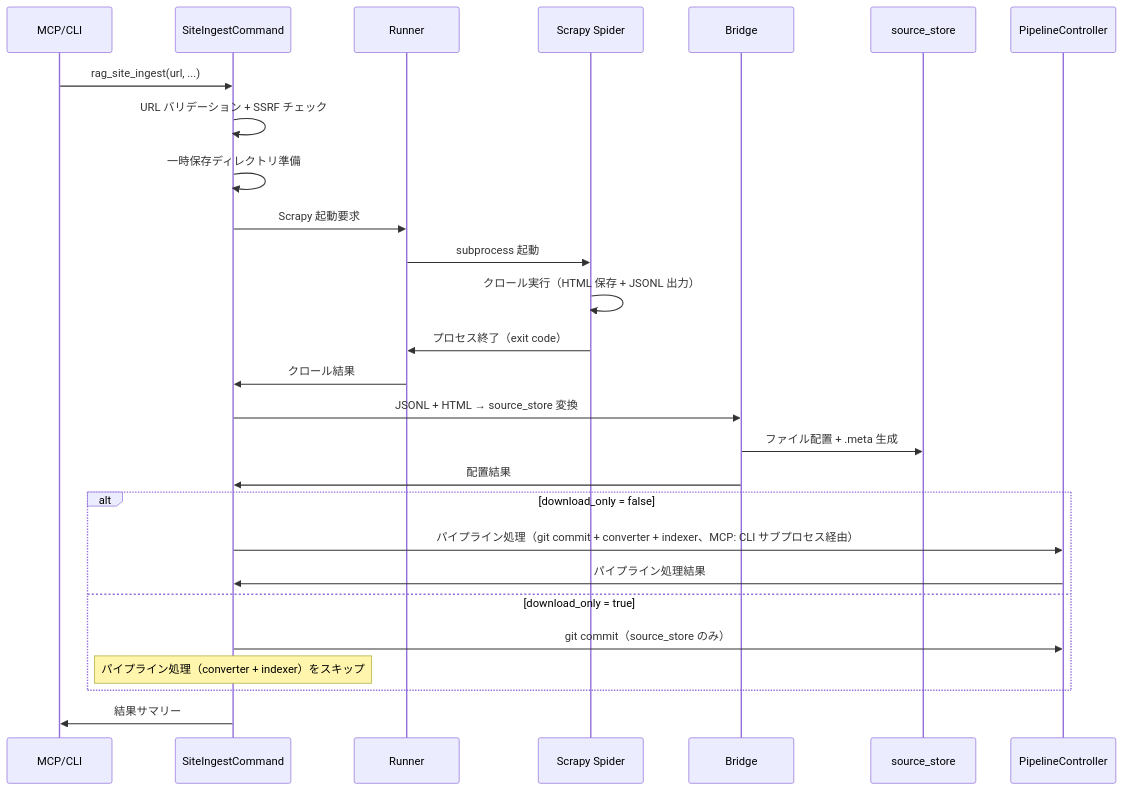
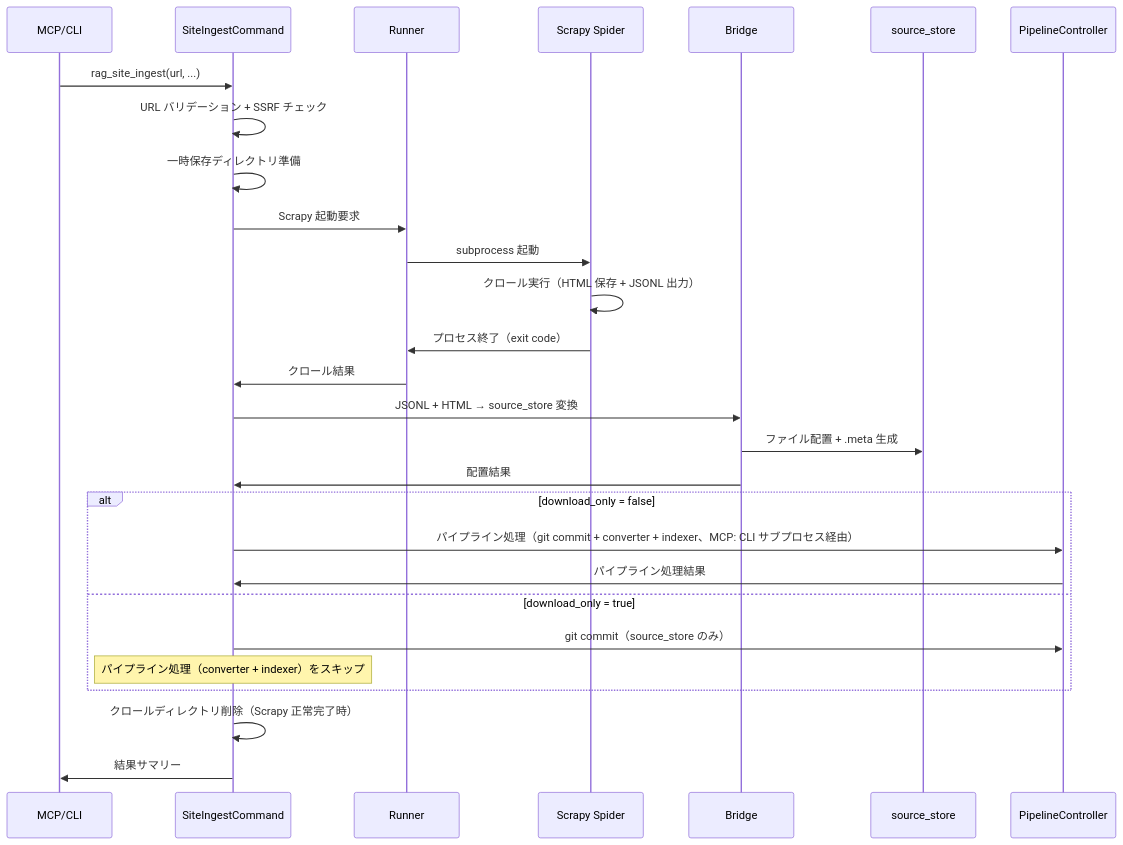
The second of 2 diagrams in docs/specs/site-ingest.md (becky3/rag-knowledge), drawn with Mermaid before and after one commit. The commit also changed other lines of this file and 5 other files, not shown here.

````diff
--- a/docs/specs/site-ingest.md
+++ b/docs/specs/site-ingest.md
@@ -359,30 +371,31 @@
 ```mermaid
 sequenceDiagram
     participant USER as MCP/CLI
     participant CMD as SiteIngestCommand
     participant RUNNER as Runner
     participant SPIDER as Scrapy Spider
     participant BRIDGE as Bridge
     participant SS as source_store
     participant PC as PipelineController
 
     USER->>CMD: rag_site_ingest(url, ...)
     CMD->>CMD: URL バリデーション + SSRF チェック
     CMD->>CMD: 一時保存ディレクトリ準備
     CMD->>RUNNER: Scrapy 起動要求
     RUNNER->>SPIDER: subprocess 起動
     SPIDER->>SPIDER: クロール実行（HTML 保存 + JSONL 出力）
     SPIDER->>RUNNER: プロセス終了（exit code）
     RUNNER->>CMD: クロール結果
     CMD->>BRIDGE: JSONL + HTML → source_store 変換
     BRIDGE->>SS: ファイル配置 + .meta 生成
     BRIDGE->>CMD: 配置結果
     alt download_only = false
         CMD->>PC: パイプライン処理（git commit + converter + indexer、MCP: CLI サブプロセス経由）
         PC->>CMD: パイプライン処理結果
     else download_only = true
         CMD->>PC: git commit（source_store のみ）
         Note over CMD: パイプライン処理（converter + indexer）をスキップ
     end
+    CMD->>CMD: クロールディレクトリ削除（Scrapy 正常完了時）
     CMD->>USER: 結果サマリー
 ```
````
